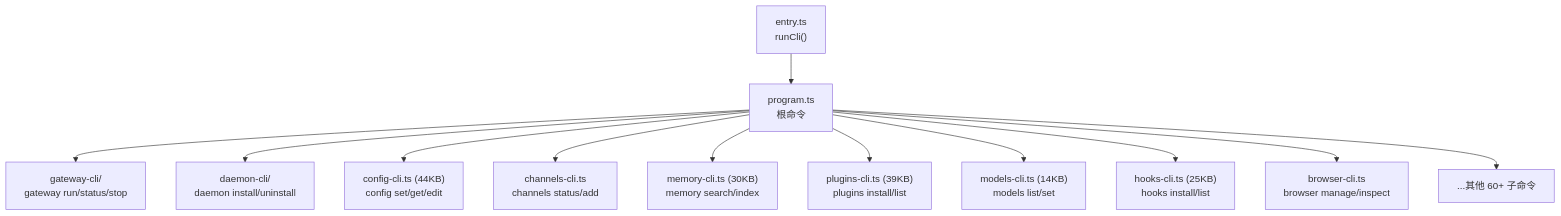
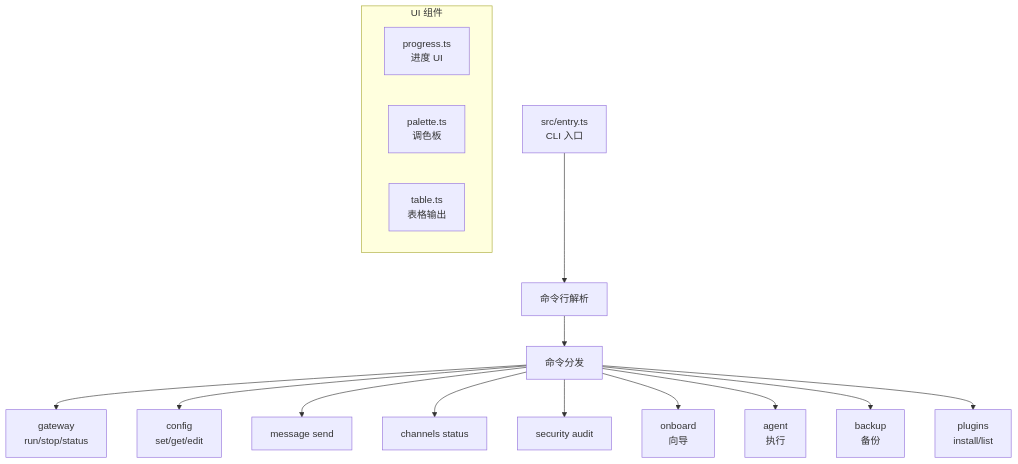
One commit to royalwang/openclaw changed the first of 2 diagrams in zh-docs/modules/cli/README.md. Above: the diagram before and after it, drawn with Mermaid. The commit also changed other lines of this file and 5 other files, not shown here.

````diff
--- a/zh-docs/modules/cli/README.md
+++ b/zh-docs/modules/cli/README.md
@@ -7,14 +7,21 @@
 ```mermaid
-graph TD
-  ENTRY["entry.ts<br/>runCli()"] --> PROGRAM["program.ts<br/>根命令"]
-  PROGRAM --> GW_CLI["gateway-cli/<br/>gateway run/status/stop"]
-  PROGRAM --> DAEMON_CLI["daemon-cli/<br/>daemon install/uninstall"]
-  PROGRAM --> CONFIG_CLI["config-cli.ts (44KB)<br/>config set/get/edit"]
-  PROGRAM --> CHANNELS_CLI["channels-cli.ts<br/>channels status/add"]
-  PROGRAM --> MEMORY_CLI["memory-cli.ts (30KB)<br/>memory search/index"]
-  PROGRAM --> PLUGINS_CLI["plugins-cli.ts (39KB)<br/>plugins install/list"]
-  PROGRAM --> MODELS_CLI["models-cli.ts (14KB)<br/>models list/set"]
-  PROGRAM --> HOOKS_CLI["hooks-cli.ts (25KB)<br/>hooks install/list"]
-  PROGRAM --> BROWSER_CLI["browser-cli.ts<br/>browser manage/inspect"]
-  PROGRAM --> MORE["...其他 60+ 子命令"]
+flowchart TD
+    ENTRY["src/entry.ts<br/>CLI 入口"] --> PARSE["命令行解析"]
+    PARSE --> DISPATCH["命令分发"]
+    
+    DISPATCH --> GW["gateway<br/>run/stop/status"]
+    DISPATCH --> CONFIG_CMD["config<br/>set/get/edit"]
+    DISPATCH --> SEND["message send"]
+    DISPATCH --> CHANNELS["channels status"]
+    DISPATCH --> SECURITY["security audit"]
+    DISPATCH --> ONBOARD["onboard<br/>向导"]
+    DISPATCH --> AGENT["agent<br/>执行"]
+    DISPATCH --> BACKUP["backup<br/>备份"]
+    DISPATCH --> PLUGINS_CMD["plugins<br/>install/list"]
+    
+    subgraph "UI 组件"
+      PROGRESS["progress.ts<br/>进度 UI"]
+      PALETTE["palette.ts<br/>调色板"]
+      TABLE["table.ts<br/>表格输出"]
+    end
 ```
````
